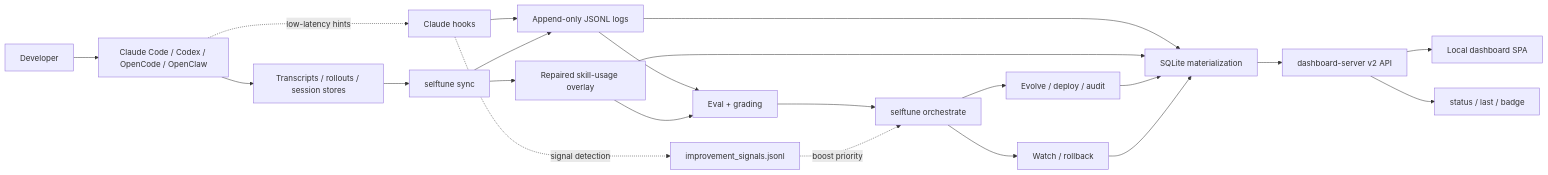
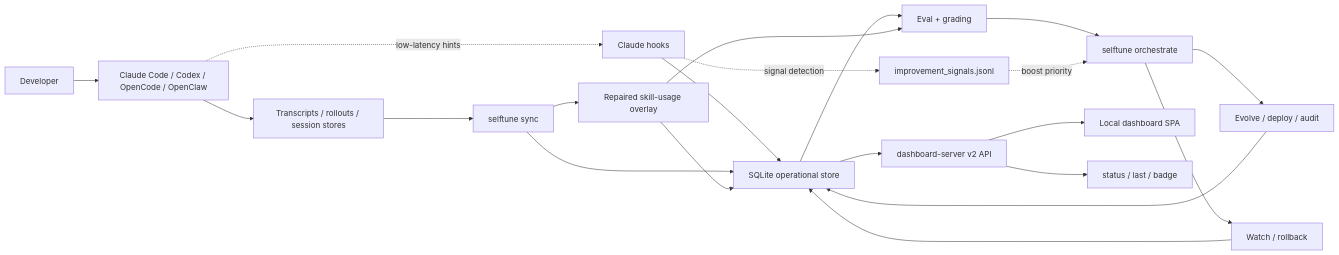
Before and after one commit to WellDunDun/selftune: the first of 4 diagrams in docs/design-docs/system-overview.md, drawn with Mermaid. The commit also changed other lines of this file and 29 other files, not shown here.

````diff
--- a/docs/design-docs/system-overview.md
+++ b/docs/design-docs/system-overview.md
@@ -22,28 +22,27 @@
 ```mermaid
 flowchart LR
   User[Developer] --> Agent[Claude Code / Codex / OpenCode / OpenClaw]
   Agent --> Sources[Transcripts / rollouts / session stores]
   Agent -. low-latency hints .-> Hooks[Claude hooks]
 
   Sources --> Sync[selftune sync]
-  Hooks --> RawLogs[Append-only JSONL logs]
+  Hooks --> SQLite[SQLite operational store]
   Hooks -. signal detection .-> Signals[improvement_signals.jsonl]
-  Sync --> RawLogs
+  Sync --> SQLite
   Sync --> Repaired[Repaired skill-usage overlay]
 
-  RawLogs --> Eval[Eval + grading]
+  SQLite --> Eval[Eval + grading]
   Repaired --> Eval
   Eval --> Orchestrate[selftune orchestrate]
   Signals -. boost priority .-> Orchestrate
   Orchestrate --> Evolve[Evolve / deploy / audit]
   Orchestrate --> Watch[Watch / rollback]
 
-  RawLogs --> LocalDB[SQLite materialization]
-  Repaired --> LocalDB
-  Evolve --> LocalDB
-  Watch --> LocalDB
+  Repaired --> SQLite
+  Evolve --> SQLite
+  Watch --> SQLite
 
-  LocalDB --> Server[dashboard-server v2 API]
+  SQLite --> Server[dashboard-server v2 API]
   Server --> SPA[Local dashboard SPA]
   Server --> CLI[status / last / badge]
 ```
````
